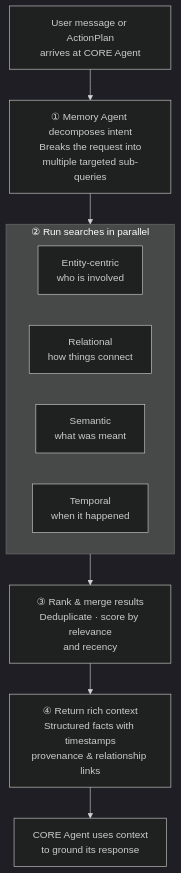
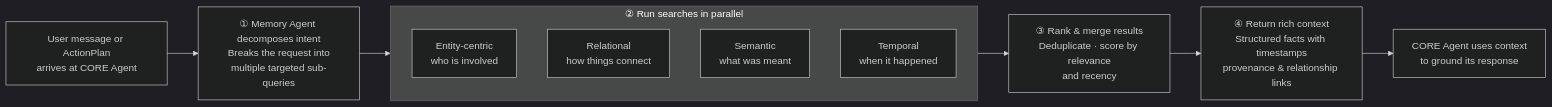
Before and after one commit to RedPlanetHQ/core: the third of 3 diagrams in README.md, drawn with Mermaid (dark theme). The commit also changed other lines of this file, not shown here.

Commit message:
docs: switch memory diagrams to landscape layout

````diff
--- a/README.md
+++ b/README.md
@@ -175,21 +175,21 @@
 ```mermaid
-flowchart TD
+flowchart LR
     QUERY["User message or ActionPlan\narrives at CORE Agent"]
 
     DECOMP["① Memory Agent decomposes intent\nBreaks the request into\nmultiple targeted sub-queries"]
 
     subgraph search["② Run searches in parallel"]
         S1["Entity-centric\nwho is involved"]
         S2["Relational\nhow things connect"]
         S3["Semantic\nwhat was meant"]
         S4["Temporal\nwhen it happened"]
     end
 
     RANK["③ Rank & merge results\nDeduplicate · score by relevance\nand recency"]
 
     CONTEXT["④ Return rich context\nStructured facts with timestamps\nprovenance & relationship links"]
 
     AGENT["CORE Agent uses context\nto ground its response"]
 
     QUERY --> DECOMP --> search --> RANK --> CONTEXT --> AGENT
 ```
````
